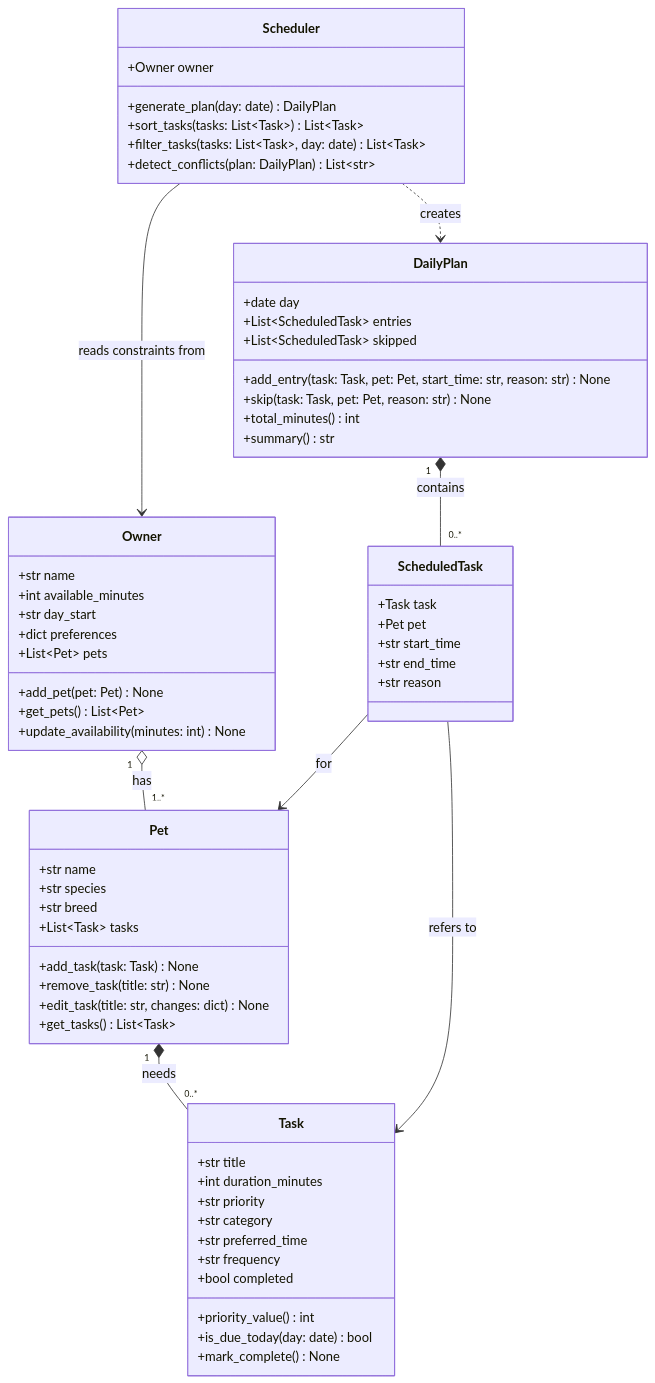
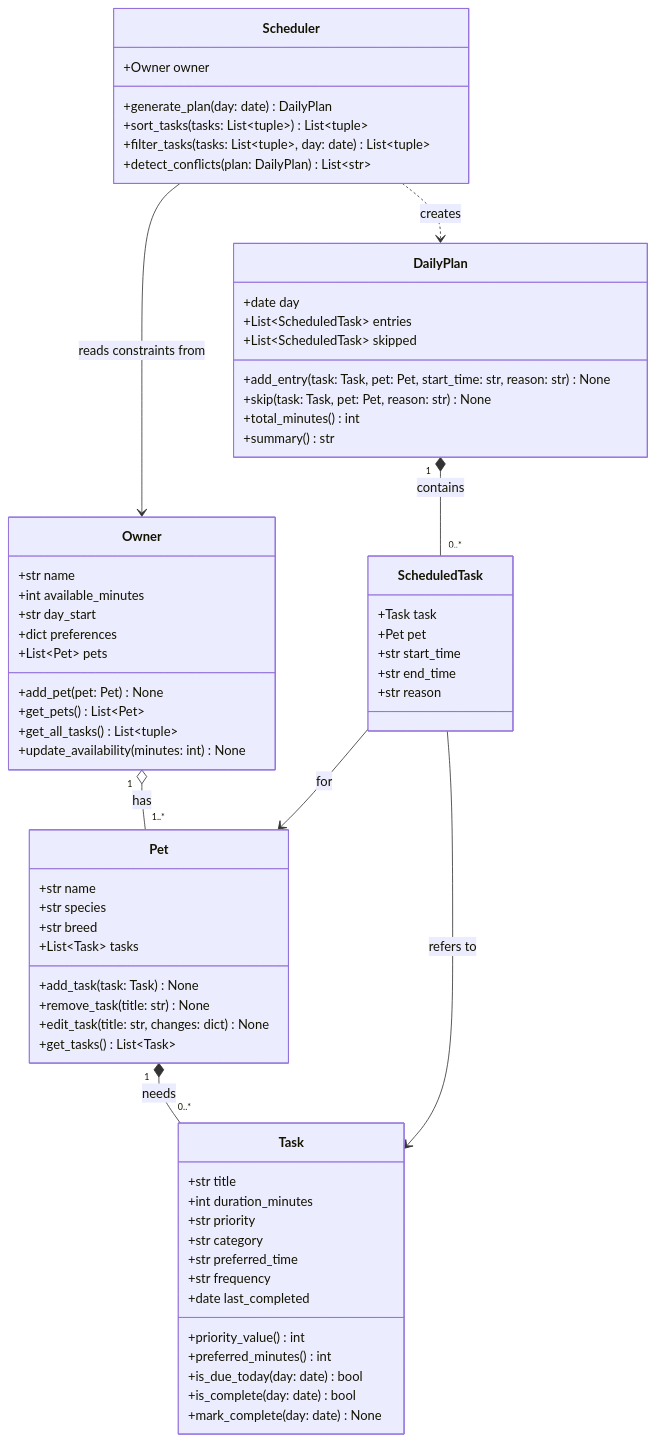
One commit to marcosdvs04/week4class changed the diagram in diagrams/uml.mmd. Above: the diagram before and after it, drawn with Mermaid. The commit also changed 4 other files, not shown here.

```diff
--- a/diagrams/uml.mmd
+++ b/diagrams/uml.mmd
@@ -1,71 +1,74 @@
 classDiagram
     %% PawPal+ draft UML (Phase 2). Update in Phase 6 to match the final implementation.
 
     class Owner {
         +str name
         +int available_minutes
         +str day_start
         +dict preferences
         +List~Pet~ pets
         +add_pet(pet: Pet) None
         +get_pets() List~Pet~
+        +get_all_tasks() List~tuple~
         +update_availability(minutes: int) None
     }
 
     class Pet {
         +str name
         +str species
         +str breed
         +List~Task~ tasks
         +add_task(task: Task) None
         +remove_task(title: str) None
         +edit_task(title: str, changes: dict) None
         +get_tasks() List~Task~
     }
 
     class Task {
         +str title
         +int duration_minutes
         +str priority
         +str category
         +str preferred_time
         +str frequency
-        +bool completed
+        +date last_completed
         +priority_value() int
+        +preferred_minutes() int
         +is_due_today(day: date) bool
-        +mark_complete() None
+        +is_complete(day: date) bool
+        +mark_complete(day: date) None
     }
 
     class Scheduler {
         +Owner owner
         +generate_plan(day: date) DailyPlan
-        +sort_tasks(tasks: List~Task~) List~Task~
-        +filter_tasks(tasks: List~Task~, day: date) List~Task~
+        +sort_tasks(tasks: List~tuple~) List~tuple~
+        +filter_tasks(tasks: List~tuple~, day: date) List~tuple~
         +detect_conflicts(plan: DailyPlan) List~str~
     }
 
     class DailyPlan {
         +date day
         +List~ScheduledTask~ entries
         +List~ScheduledTask~ skipped
         +add_entry(task: Task, pet: Pet, start_time: str, reason: str) None
         +skip(task: Task, pet: Pet, reason: str) None
         +total_minutes() int
         +summary() str
     }
 
     class ScheduledTask {
         +Task task
         +Pet pet
         +str start_time
         +str end_time
         +str reason
     }
 
     Owner "1" o-- "1..*" Pet : has
     Pet "1" *-- "0..*" Task : needs
     Scheduler --> Owner : reads constraints from
     Scheduler ..> DailyPlan : creates
     DailyPlan "1" *-- "0..*" ScheduledTask : contains
     ScheduledTask --> Task : refers to
     ScheduledTask --> Pet : for
```
